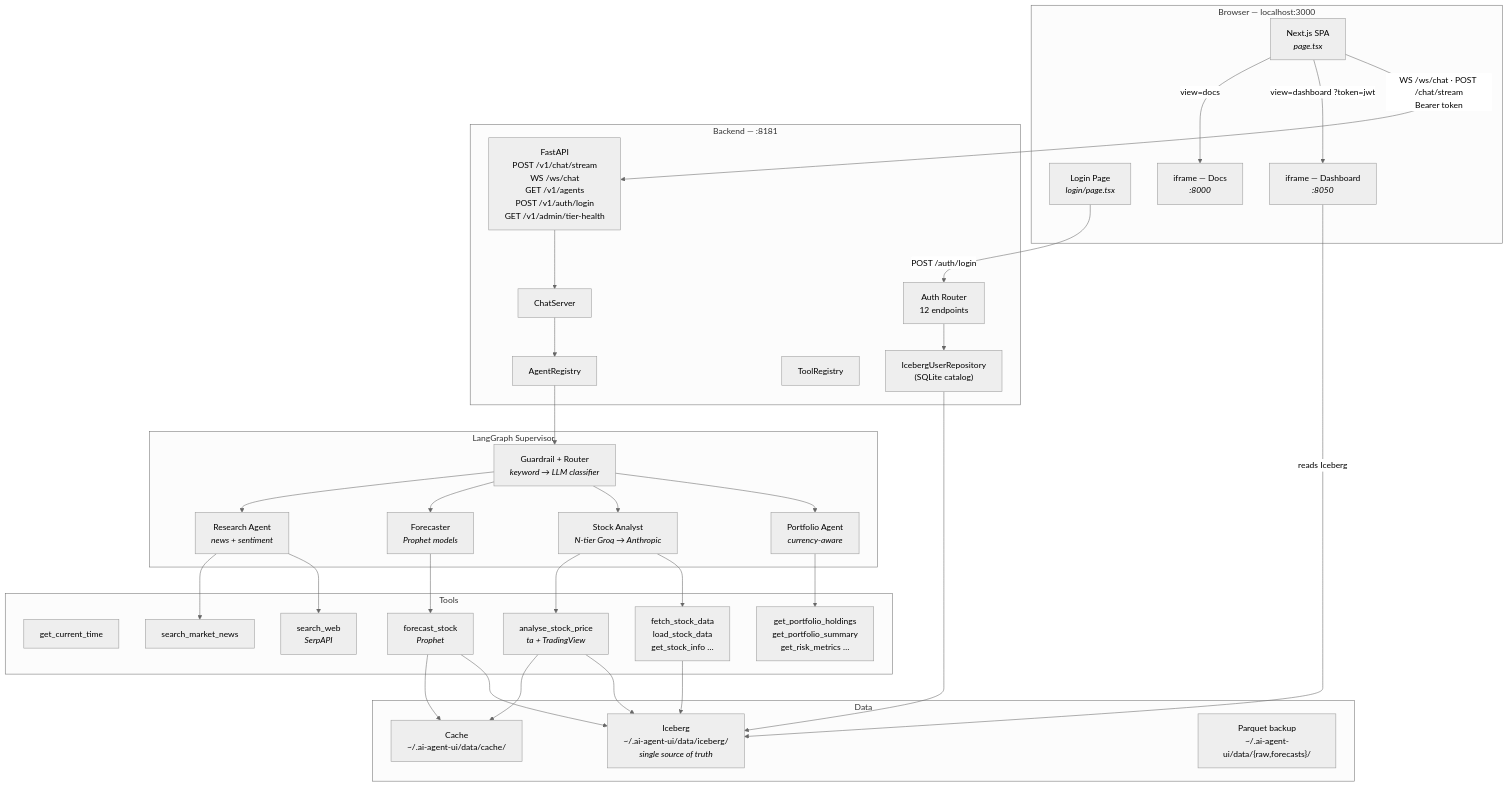
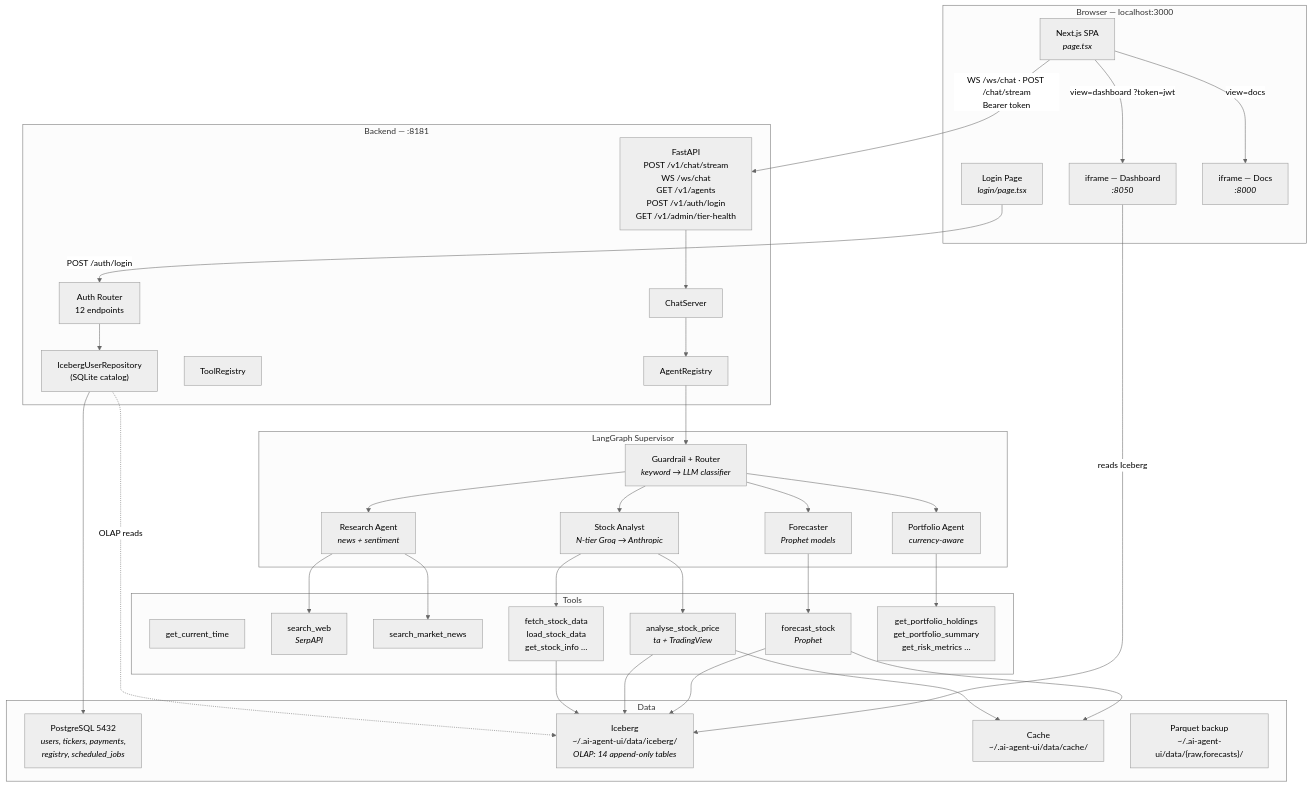
The first of 5 diagrams in README.md (aset-platform/ai-agent-ui), drawn with Mermaid (neutral theme) before and after one commit. The commit also changed other lines of this file and 4 other files, not shown here.

````diff
--- a/README.md
+++ b/README.md
@@ -88,59 +89,61 @@
 ```mermaid
 graph TD
     subgraph Browser["Browser — localhost:3000"]
         UI["Next.js SPA<br/><i>page.tsx</i>"]
         Login["Login Page<br/><i>login/page.tsx</i>"]
         IF_DASH["iframe — Dashboard<br/><i>:8050</i>"]
         IF_DOCS["iframe — Docs<br/><i>:8000</i>"]
     end
 
     subgraph Backend["Backend — :8181"]
         API["FastAPI<br/>POST /v1/chat/stream<br/>WS /ws/chat<br/>GET /v1/agents<br/>POST /v1/auth/login<br/>GET /v1/admin/tier-health"]
         CS["ChatServer"]
         AR["AgentRegistry"]
         TR["ToolRegistry"]
         AUTH["Auth Router<br/>12 endpoints"]
         ICE["IcebergUserRepository<br/>(SQLite catalog)"]
     end
 
     subgraph Agents["LangGraph Supervisor"]
         GD["Guardrail + Router<br/><i>keyword → LLM classifier</i>"]
         PA["Portfolio Agent<br/><i>currency-aware</i>"]
         SA["Stock Analyst<br/><i>N-tier Groq → Anthropic</i>"]
         FC["Forecaster<br/><i>Prophet models</i>"]
         RA["Research Agent<br/><i>news + sentiment</i>"]
     end
 
     subgraph Tools["Tools"]
         T1["get_current_time"]
         T2["search_web<br/><i>SerpAPI</i>"]
         T3["search_market_news"]
         T4["fetch_stock_data<br/>load_stock_data<br/>get_stock_info …"]
         T5["analyse_stock_price<br/><i>ta + TradingView</i>"]
         T6["forecast_stock<br/><i>Prophet</i>"]
         T7["get_portfolio_holdings<br/>get_portfolio_summary<br/>get_risk_metrics …"]
     end
 
     subgraph Data["Data"]
-        IC["Iceberg<br/>~/.ai-agent-ui/data/iceberg/<br/><i>single source of truth</i>"]
+        PG["PostgreSQL 5432<br/><i>users, tickers, payments,<br/>registry, scheduled_jobs</i>"]
+        IC["Iceberg<br/>~/.ai-agent-ui/data/iceberg/<br/><i>OLAP: 14 append-only tables</i>"]
         C["Cache<br/>~/.ai-agent-ui/data/cache/"]
         P["Parquet backup<br/>~/.ai-agent-ui/data/{raw,forecasts}/"]
     end
 
     Login -->|"POST /auth/login"| AUTH
-    AUTH --> ICE --> IC
+    AUTH --> ICE --> PG
+    ICE -.->|"OLAP reads"| IC
     UI -->|"WS /ws/chat · POST /chat/stream<br/>Bearer token"| API
     API --> CS --> AR
     AR --> GD
     GD --> PA & SA & FC & RA
     PA --> T7
     SA --> T4 & T5
     FC --> T6
     RA --> T2 & T3
     T4 --> IC
     T5 --> IC & C
     T6 --> IC & C
     IF_DASH -->|"reads Iceberg"| IC
     UI -->|"view=dashboard ?token=jwt"| IF_DASH
     UI -->|"view=docs"| IF_DOCS
 ```
````
